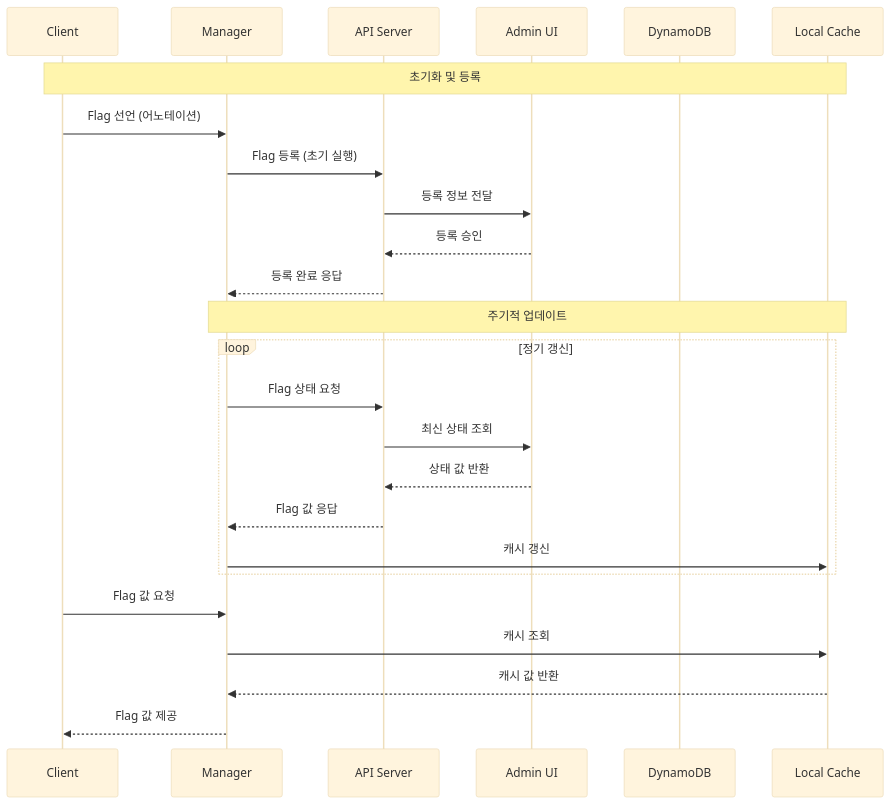
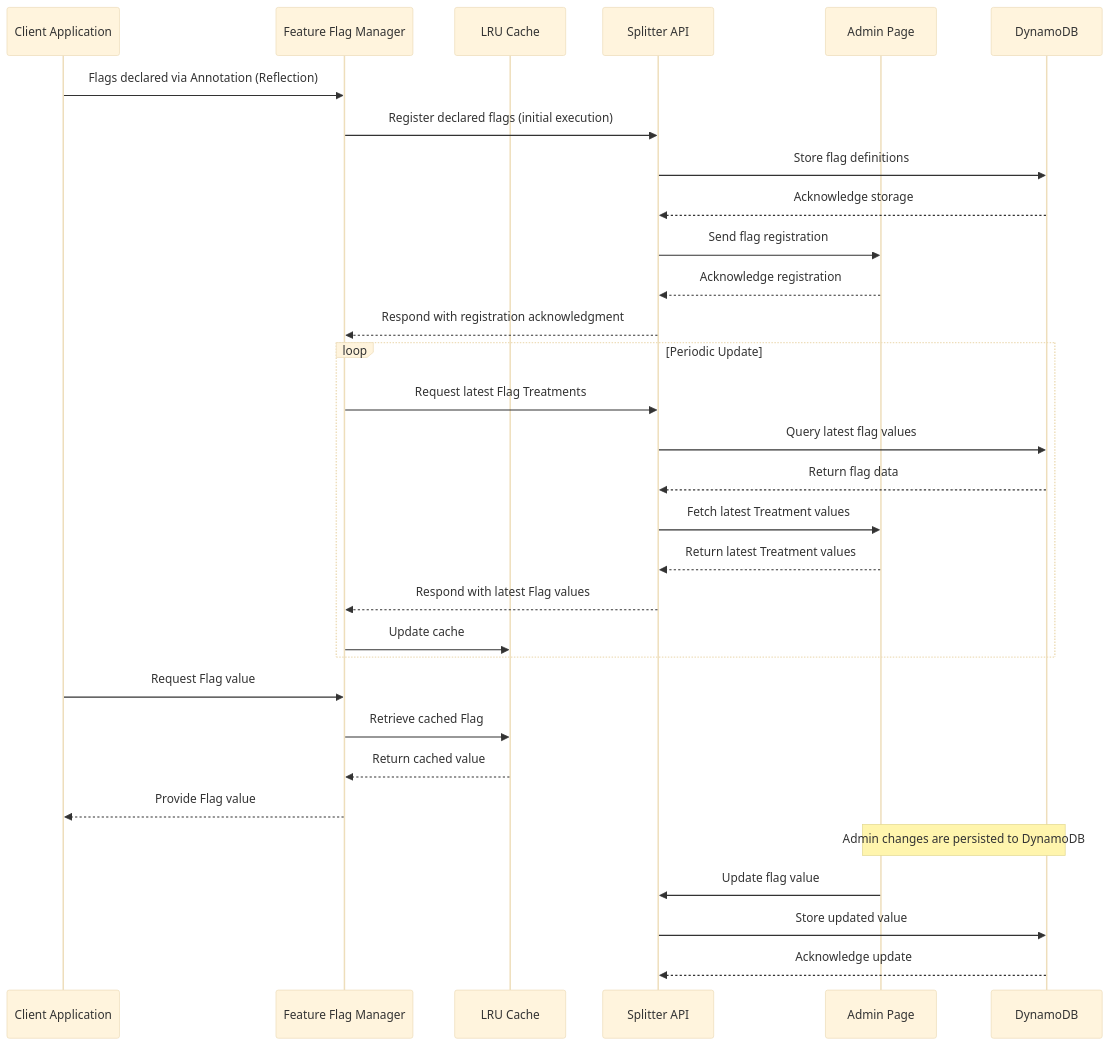
The diagram in _posts/2025-03-16-feature-flag.md (yeokyeong-yoon/yeokyeong-yoon.github.io), drawn with Mermaid (base theme) before and after one commit. The commit also changed other lines of this file, not shown here.

Commit message:
Fix diagram to old version

````diff
--- a/_posts/2025-03-16-feature-flag.md
+++ b/_posts/2025-03-16-feature-flag.md
@@ -130,30 +129,37 @@
 ```mermaid
 sequenceDiagram
-    participant C as Client
-    participant M as Manager
-    participant A as API Server
-    participant U as Admin UI
-    participant D as DynamoDB
-    participant L as Local Cache
+    participant Client as Client Application
+    participant Manager as Feature Flag Manager
+    participant Cache as LRU Cache
+    participant API as Splitter API
+    participant Admin as Admin Page
+    participant DB as DynamoDB
 
-    Note over C,L: 초기화 및 등록
-    C->>M: Flag 선언 (어노테이션)
-    M->>A: Flag 등록 (초기 실행)
-    A->>U: 등록 정보 전달
-    U-->>A: 등록 승인
-    A-->>M: 등록 완료 응답
+    Client->>Manager: Flags declared via Annotation (Reflection)
+    Manager->>API: Register declared flags (initial execution)
+    API->>DB: Store flag definitions
+    DB-->>API: Acknowledge storage
+    API->>Admin: Send flag registration
+    Admin-->>API: Acknowledge registration
+    API-->>Manager: Respond with registration acknowledgment
 
-    Note over M,L: 주기적 업데이트
-    loop 정기 갱신
-        M->>A: Flag 상태 요청
-        A->>U: 최신 상태 조회
-        U-->>A: 상태 값 반환
-        A-->>M: Flag 값 응답
-        M->>L: 캐시 갱신
+    loop Periodic Update
+        Manager->>API: Request latest Flag Treatments
+        API->>DB: Query latest flag values
+        DB-->>API: Return flag data
+        API->>Admin: Fetch latest Treatment values
+        Admin-->>API: Return latest Treatment values
+        API-->>Manager: Respond with latest Flag values
+        Manager->>Cache: Update cache
     end
 
-    C->>M: Flag 값 요청
-    M->>L: 캐시 조회
-    L-->>M: 캐시 값 반환
-    M-->>C: Flag 값 제공
+    Client->>Manager: Request Flag value
+    Manager->>Cache: Retrieve cached Flag
+    Cache-->>Manager: Return cached value
+    Manager-->>Client: Provide Flag value
+
+    Note over Admin,DB: Admin changes are persisted to DynamoDB
+    Admin->>API: Update flag value
+    API->>DB: Store updated value
+    DB-->>API: Acknowledge update
 ```
````
